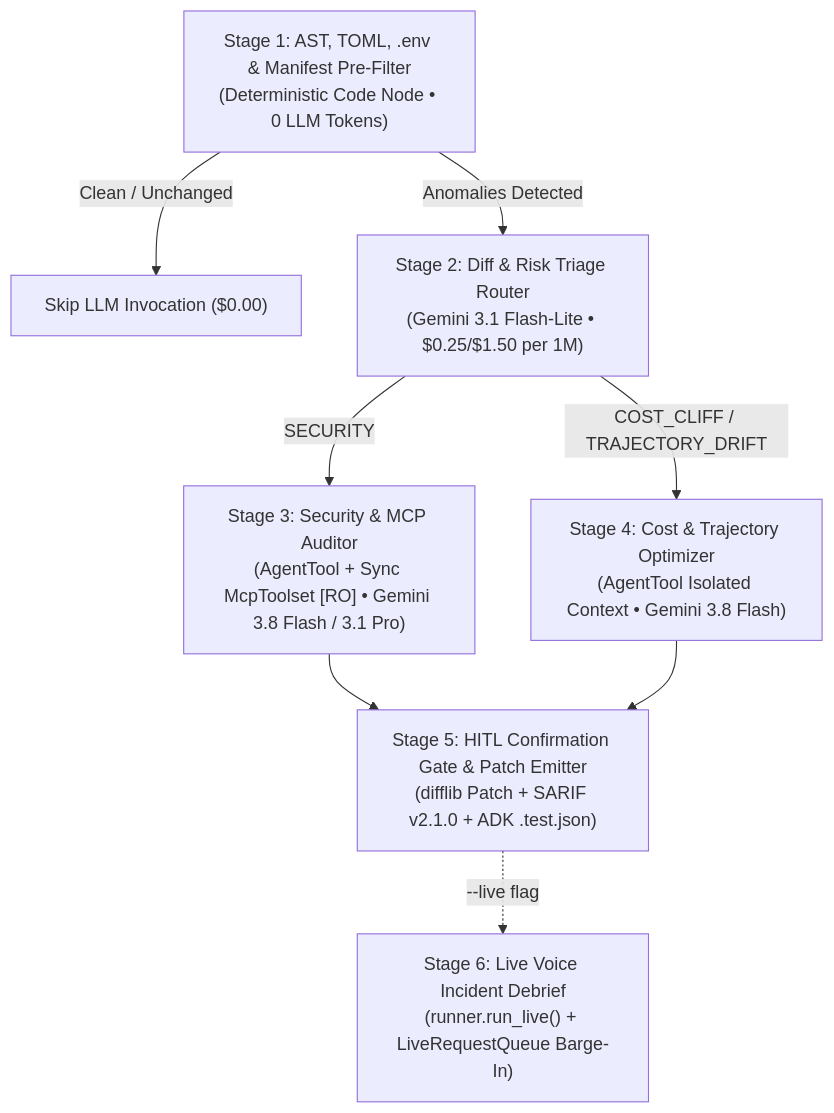
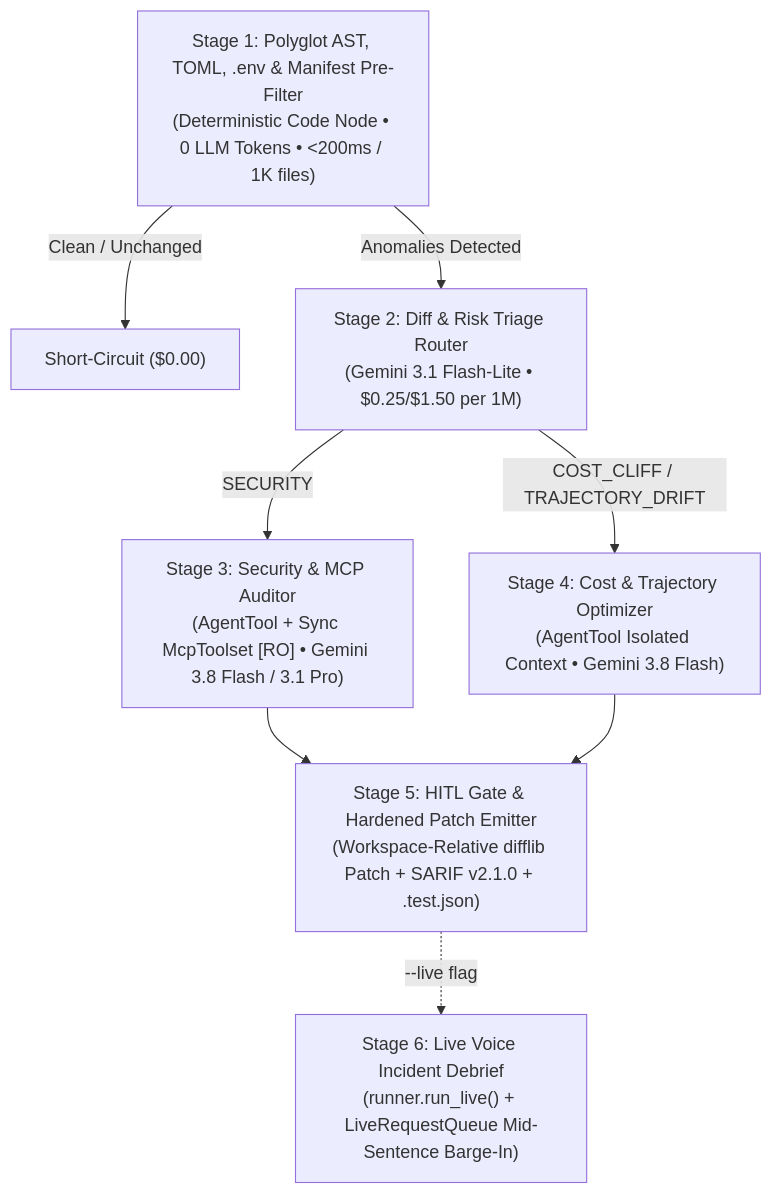
Before and after one commit to Chitresh-Bhatia-264/MCPGuard-ADK: the diagram in README.md, drawn with Mermaid. The commit also changed other lines of this file and 2 other files, not shown here.

Commit message:
docs: upgrade README with rule matrix, IDE MCP config, repo tree, and clean GitHub tables

````diff
--- a/README.md
+++ b/README.md
@@ -51,10 +81,10 @@
 ```mermaid
 flowchart TD
-    A["Stage 1: AST, TOML, .env & Manifest Pre-Filter<br/>(Deterministic Code Node • 0 LLM Tokens)"] -->|Clean / Unchanged| Z["Skip LLM Invocation ($0.00)"]
+    A["Stage 1: Polyglot AST, TOML, .env & Manifest Pre-Filter<br/>(Deterministic Code Node • 0 LLM Tokens • <200ms / 1K files)"] -->|Clean / Unchanged| Z["Short-Circuit ($0.00)"]
     A -->|Anomalies Detected| B["Stage 2: Diff & Risk Triage Router<br/>(Gemini 3.1 Flash-Lite • $0.25/$1.50 per 1M)"]
     B -->|SECURITY| C["Stage 3: Security & MCP Auditor<br/>(AgentTool + Sync McpToolset [RO] • Gemini 3.8 Flash / 3.1 Pro)"]
     B -->|COST_CLIFF / TRAJECTORY_DRIFT| D["Stage 4: Cost & Trajectory Optimizer<br/>(AgentTool Isolated Context • Gemini 3.8 Flash)"]
-    C --> E["Stage 5: HITL Confirmation Gate & Patch Emitter<br/>(difflib Patch + SARIF v2.1.0 + ADK .test.json)"]
+    C --> E["Stage 5: HITL Gate & Hardened Patch Emitter<br/>(Workspace-Relative difflib Patch + SARIF v2.1.0 + .test.json)"]
     D --> E
-    E -.->|--live flag| F["Stage 6: Live Voice Incident Debrief<br/>(runner.run_live() + LiveRequestQueue Barge-In)"]
+    E -.->|--live flag| F["Stage 6: Live Voice Incident Debrief<br/>(runner.run_live() + LiveRequestQueue Mid-Sentence Barge-In)"]
 ```
````
